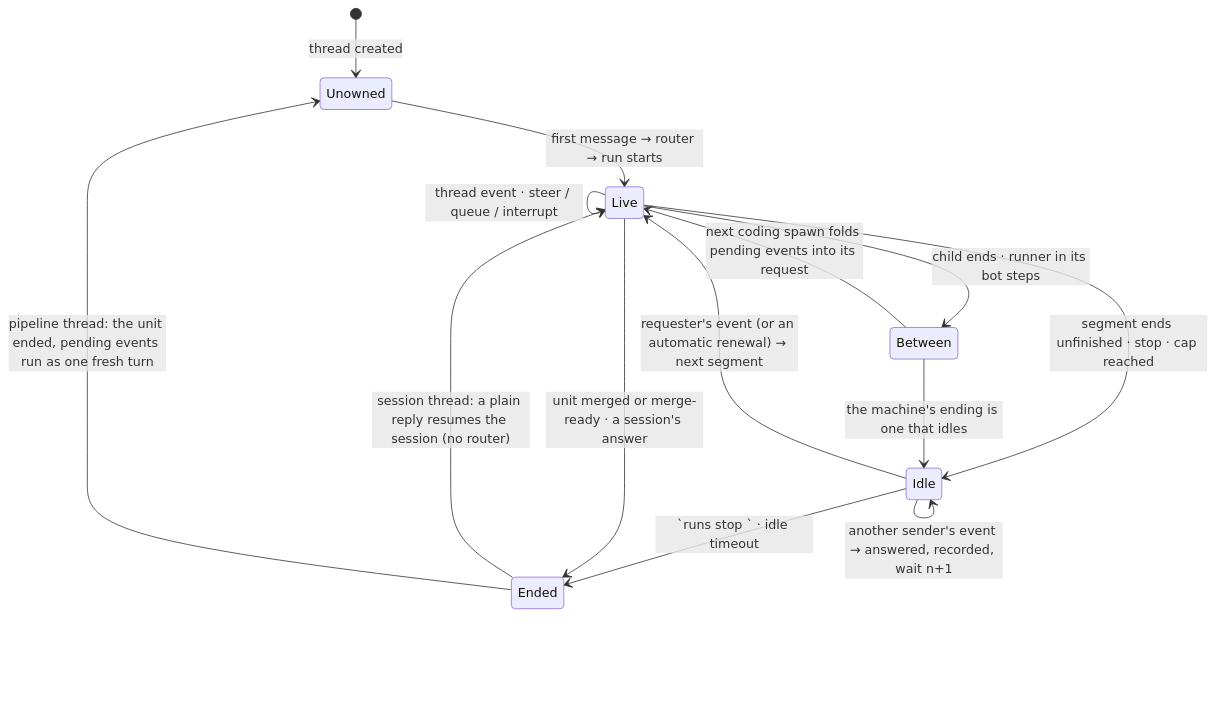
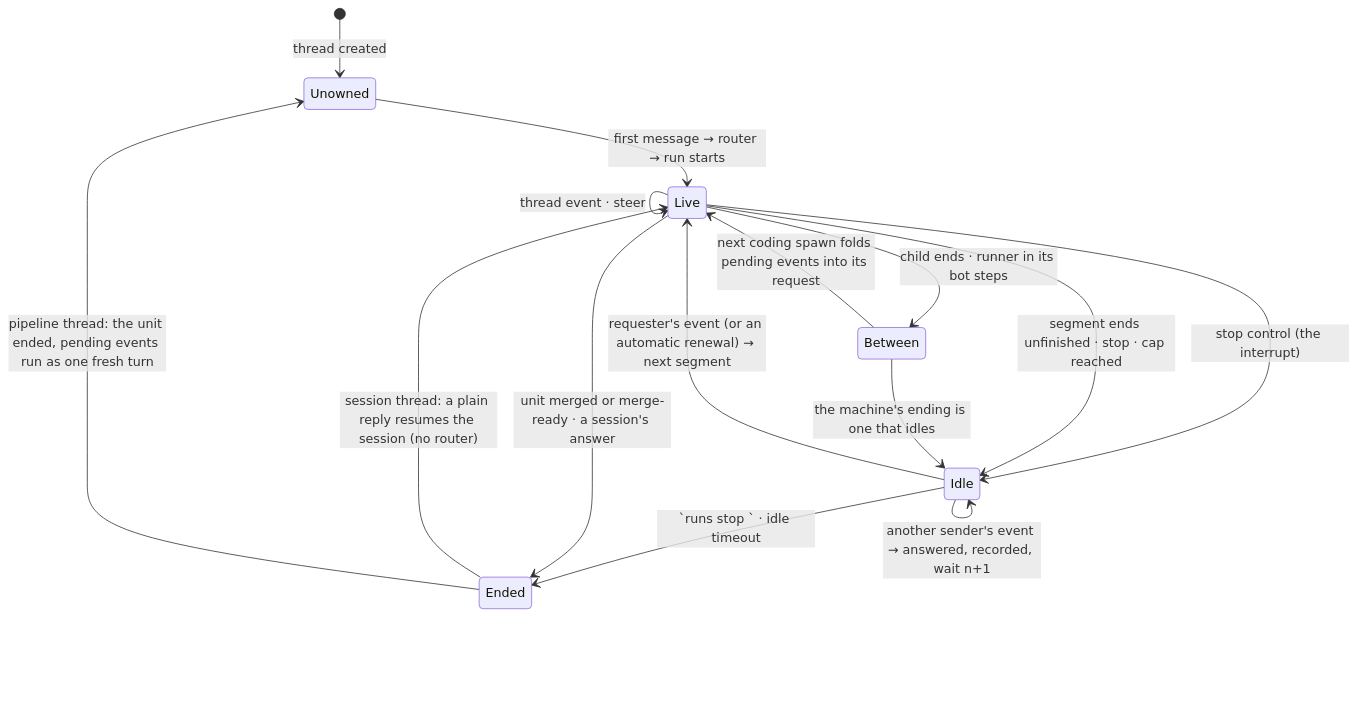
One commit to coreplanelabs/switchboard changed the diagram in docs/decisions/0051-a-thread-has-one-owner-for-its-life-a-message-is-one-event-in-a-chosen-mode-and-a-pipeline-idles-instead-of-ending.md. Above: the diagram before and after it, drawn with Mermaid. The commit also changed other lines of this file and 2 other files, not shown here.

````diff
--- a/docs/decisions/0051-a-thread-has-one-owner-for-its-life-a-message-is-one-event-in-a-chosen-mode-and-a-pipeline-idles-instead-of-ending.md
+++ b/docs/decisions/0051-a-thread-has-one-owner-for-its-life-a-message-is-one-event-in-a-chosen-mode-and-a-pipeline-idles-instead-of-ending.md
@@ -34,16 +36,17 @@
 ```mermaid
 stateDiagram-v2
     [*] --> Unowned: thread created
     Unowned --> Live: first message → router → run starts
-    Live --> Live: thread event · steer / queue / interrupt
+    Live --> Live: thread event · steer
+    Live --> Idle: stop control (the interrupt)
     Live --> Between: child ends · runner in its bot steps
     Between --> Live: next coding spawn folds pending events into its request
     Live --> Idle: segment ends unfinished · stop · cap reached
     Between --> Idle: the machine's ending is one that idles
     Idle --> Live: requester's event (or an automatic renewal) → next segment
     Idle --> Idle: another sender's event → answered, recorded, wait n+1
     Idle --> Ended: `runs stop <unit key>` · idle timeout
     Live --> Ended: unit merged or merge-ready · a session's answer
     Ended --> Live: session thread: a plain reply resumes the session (no router)
     Ended --> Unowned: pipeline thread: the unit ended, pending events run as one fresh turn
 ```
````
